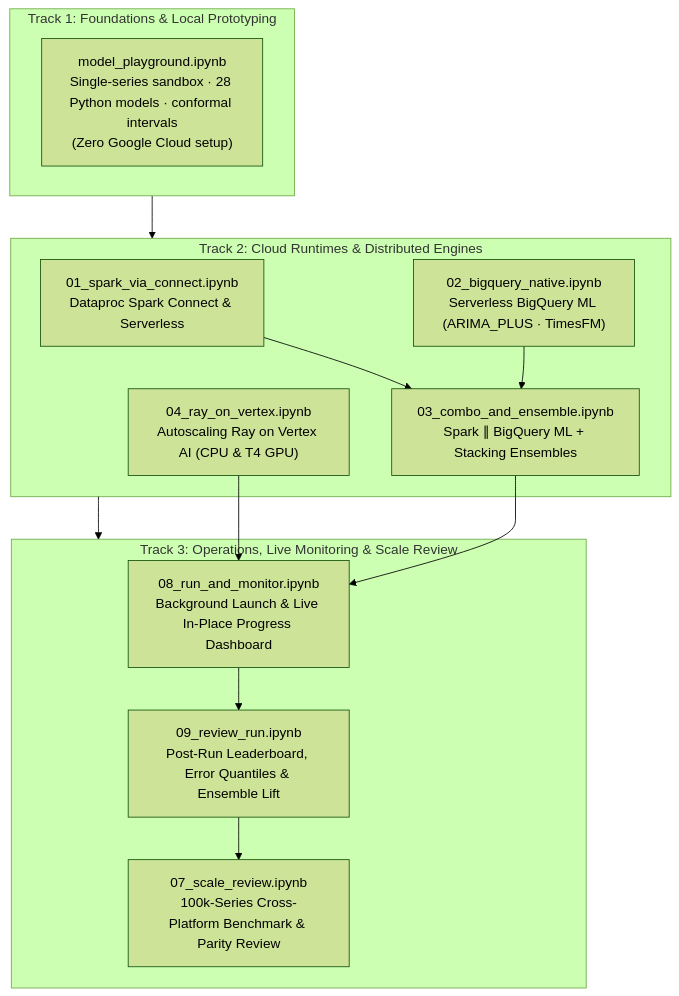
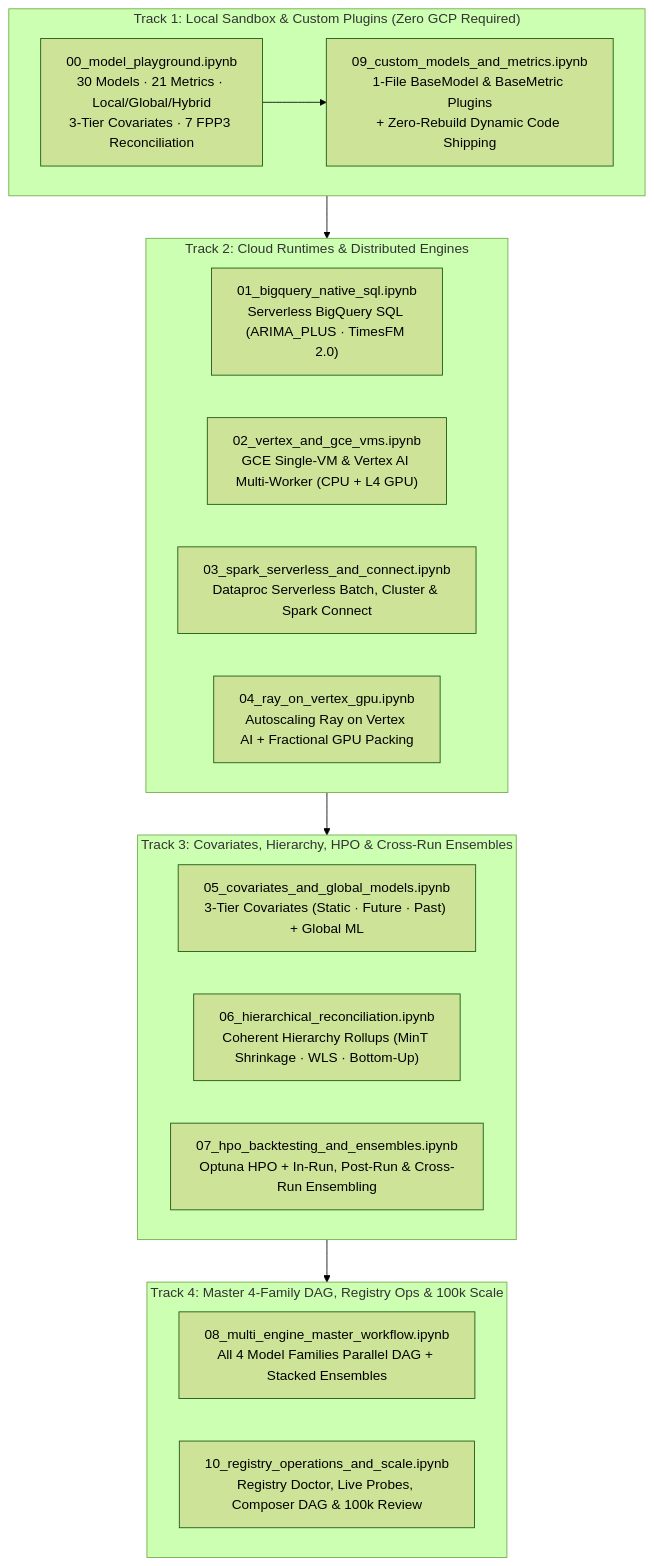
One commit to statmike/scale-forecasting changed the diagram in notebooks/README.md. Above: the diagram before and after it, drawn with Mermaid (forest theme). The commit also changed other lines of this file and 44 other files, not shown here.

````diff
--- a/notebooks/README.md
+++ b/notebooks/README.md
@@ -8,24 +8,28 @@
 ```mermaid
 flowchart TD
-    subgraph Track1["Track 1: Foundations & Local Prototyping"]
-        NB0["model_playground.ipynb<br/>Single-series sandbox · 28 Python models · conformal intervals<br/>(Zero Google Cloud setup)"]
+    subgraph Track1["Track 1: Local Sandbox & Custom Plugins (Zero GCP Required)"]
+        NB00["00_model_playground.ipynb<br/>30 Models · 21 Metrics · Local/Global/Hybrid<br/>3-Tier Covariates · 7 FPP3 Reconciliation"]
+        NB09["09_custom_models_and_metrics.ipynb<br/>1-File BaseModel & BaseMetric Plugins<br/>+ Zero-Rebuild Dynamic Code Shipping"]
     end
 
     subgraph Track2["Track 2: Cloud Runtimes & Distributed Engines"]
-        NB1["01_spark_via_connect.ipynb<br/>Dataproc Spark Connect & Serverless"]
-        NB2["02_bigquery_native.ipynb<br/>Serverless BigQuery ML (ARIMA_PLUS · TimesFM)"]
-        NB3["03_combo_and_ensemble.ipynb<br/>Spark ∥ BigQuery ML + Stacking Ensembles"]
-        NB4["04_ray_on_vertex.ipynb<br/>Autoscaling Ray on Vertex AI (CPU & T4 GPU)"]
+        NB01["01_bigquery_native_sql.ipynb<br/>Serverless BigQuery SQL (ARIMA_PLUS · TimesFM 2.0)"]
+        NB02["02_vertex_and_gce_vms.ipynb<br/>GCE Single-VM & Vertex AI Multi-Worker (CPU + L4 GPU)"]
+        NB03["03_spark_serverless_and_connect.ipynb<br/>Dataproc Serverless Batch, Cluster & Spark Connect"]
+        NB04["04_ray_on_vertex_gpu.ipynb<br/>Autoscaling Ray on Vertex AI + Fractional GPU Packing"]
     end
 
-    subgraph Track3["Track 3: Operations, Live Monitoring & Scale Review"]
-        NB8["08_run_and_monitor.ipynb<br/>Background Launch & Live In-Place Progress Dashboard"]
-        NB9["09_review_run.ipynb<br/>Post-Run Leaderboard, Error Quantiles & Ensemble Lift"]
-        NB7["07_scale_review.ipynb<br/>100k-Series Cross-Platform Benchmark & Parity Review"]
+    subgraph Track3["Track 3: Covariates, Hierarchy, HPO & Cross-Run Ensembles"]
+        NB05["05_covariates_and_global_models.ipynb<br/>3-Tier Covariates (Static · Future · Past) + Global ML"]
+        NB06["06_hierarchical_reconciliation.ipynb<br/>Coherent Hierarchy Rollups (MinT Shrinkage · WLS · Bottom-Up)"]
+        NB07["07_hpo_backtesting_and_ensembles.ipynb<br/>Optuna HPO + In-Run, Post-Run & Cross-Run Ensembling"]
     end
 
-    Track1 --> Track2 --> Track3
-    NB1 & NB2 --> NB3
-    NB3 & NB4 --> NB8
-    NB8 --> NB9 --> NB7
+    subgraph Track4["Track 4: Master 4-Family DAG, Registry Ops & 100k Scale"]
+        NB08["08_multi_engine_master_workflow.ipynb<br/>All 4 Model Families Parallel DAG + Stacked Ensembles"]
+        NB10["10_registry_operations_and_scale.ipynb<br/>Registry Doctor, Live Probes, Composer DAG & 100k Review"]
+    end
+
+    NB00 --> NB09
+    Track1 --> Track2 --> Track3 --> Track4
 ```
````
